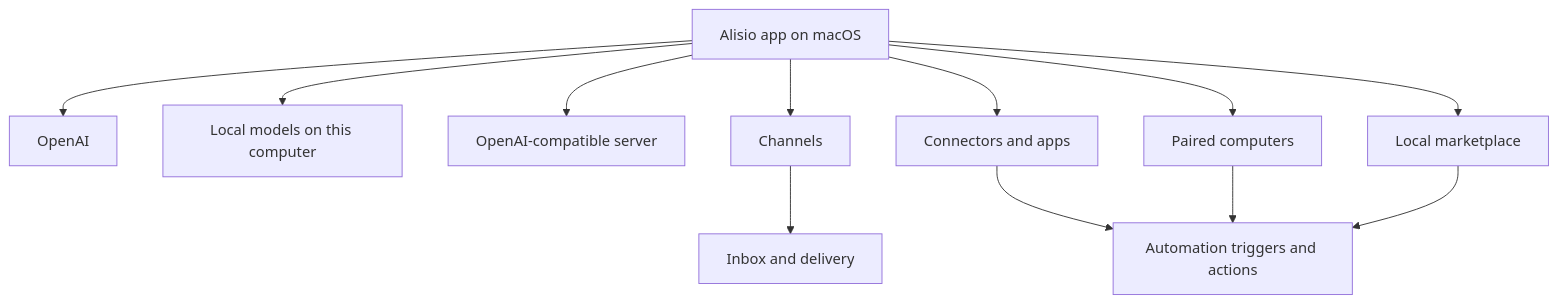
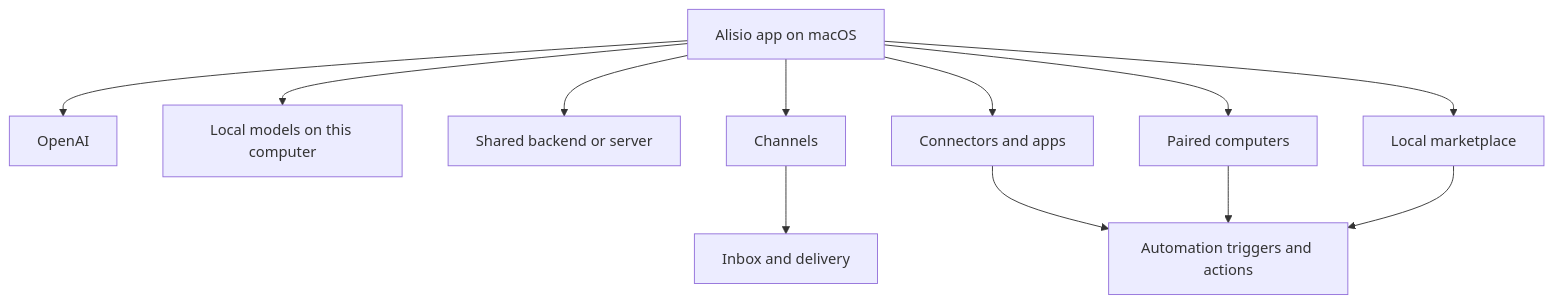
One commit to nuno7lopes-collab/alisio changed the diagram in docs/start/overview.md. Above: the diagram before and after it, drawn with Mermaid. The commit also changed other lines of this file and 16 other files, not shown here.

````diff
--- a/docs/start/overview.md
+++ b/docs/start/overview.md
@@ -35,14 +39,14 @@
 ```mermaid
 flowchart TD
   A["Alisio app on macOS"] --> B["OpenAI"]
   A --> C["Local models on this computer"]
-  A --> D["OpenAI-compatible server"]
+  A --> D["Shared backend or server"]
   A --> E["Channels"]
   A --> F["Connectors and apps"]
   A --> G["Paired computers"]
   A --> H["Local marketplace"]
   E --> I["Inbox and delivery"]
   F --> J["Automation triggers and actions"]
   G --> J
   H --> J
 ```
````
